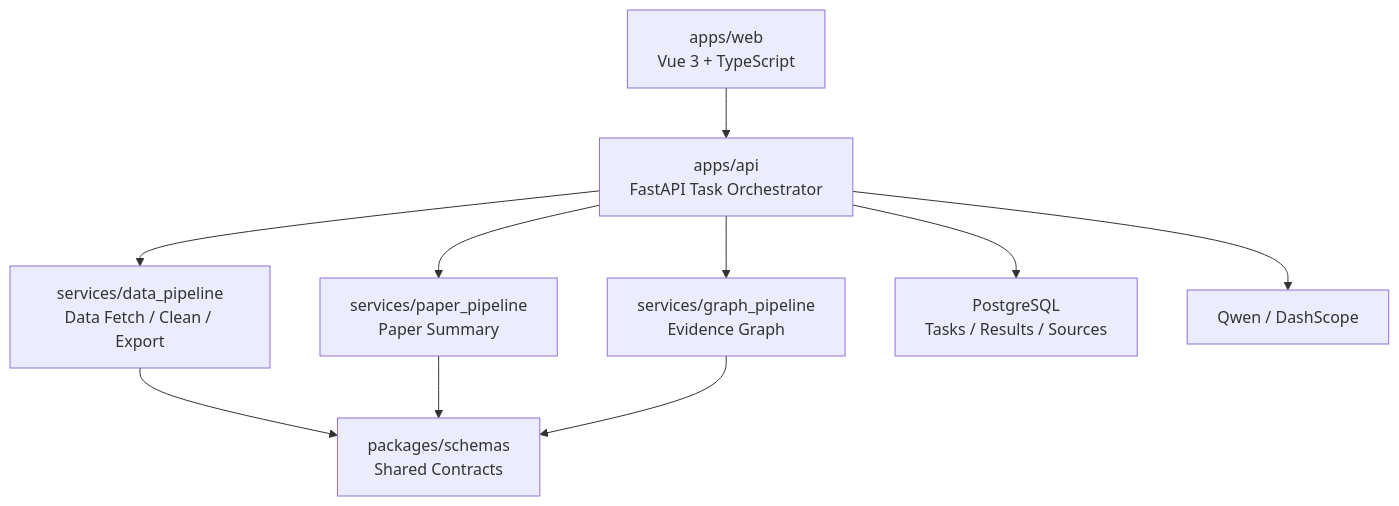
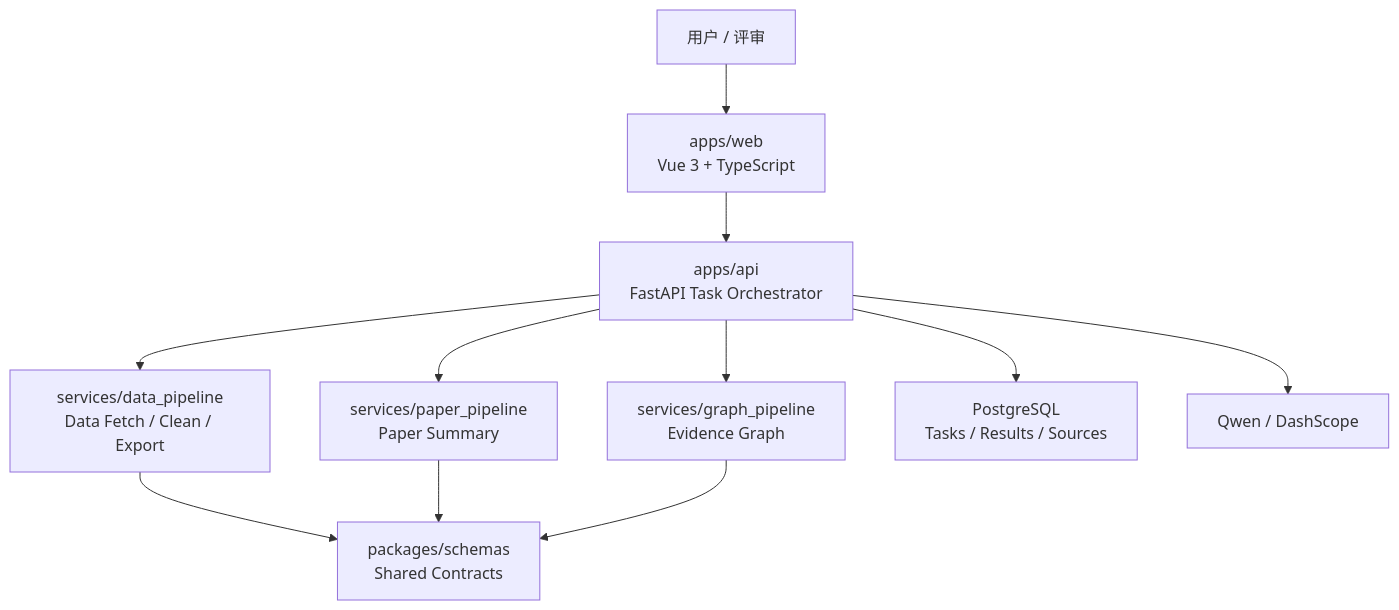
Before and after one commit to zyyyyynnn/xingwen-astro-ai: the diagram in DESIGN.md, drawn with Mermaid. The commit also changed other lines of this file and 5 other files, not shown here.

````diff
--- a/DESIGN.md
+++ b/DESIGN.md
@@ -15,21 +18,23 @@
 ```mermaid
 flowchart TB
+  User["用户 / 评审"]
   Web["apps/web\nVue 3 + TypeScript"]
   API["apps/api\nFastAPI Task Orchestrator"]
   Data["services/data_pipeline\nData Fetch / Clean / Export"]
   Paper["services/paper_pipeline\nPaper Summary"]
   Graph["services/graph_pipeline\nEvidence Graph"]
   Schemas["packages/schemas\nShared Contracts"]
   DB["PostgreSQL\nTasks / Results / Sources"]
   Qwen["Qwen / DashScope"]
 
+  User --> Web
   Web --> API
   API --> Data
   API --> Paper
   API --> Graph
   API --> Qwen
   API --> DB
   Data --> Schemas
   Paper --> Schemas
   Graph --> Schemas
 ```
````
